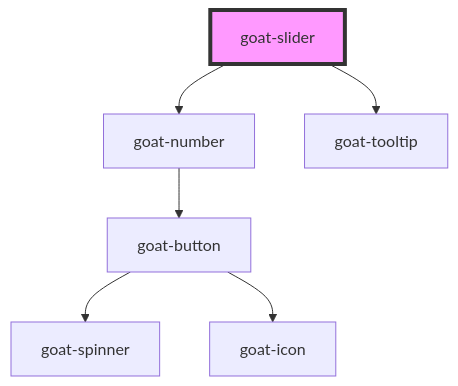
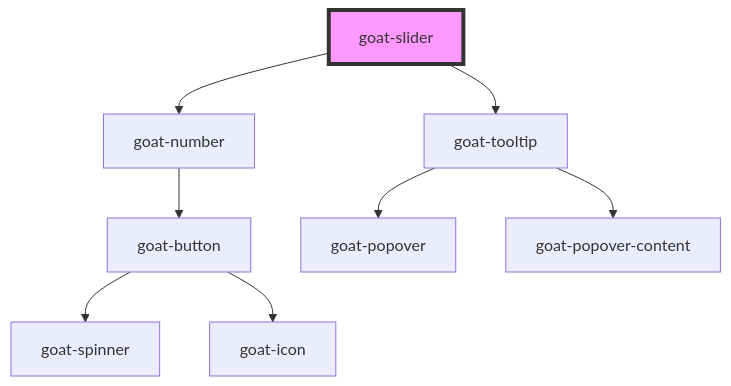
The diagram in src/components/input-controls/slider/readme.md (goatui/components), drawn with Mermaid before and after one commit. The commit also changed other lines of this file and 174 other files, not shown here.

````diff
--- a/src/components/input-controls/slider/readme.md
+++ b/src/components/input-controls/slider/readme.md
@@ -77,9 +77,11 @@
 ```mermaid
 graph TD;
   goat-slider --> goat-number
   goat-slider --> goat-tooltip
   goat-number --> goat-button
   goat-button --> goat-spinner
   goat-button --> goat-icon
+  goat-tooltip --> goat-popover
+  goat-tooltip --> goat-popover-content
   style goat-slider fill:#f9f,stroke:#333,stroke-width:4px
 ```
````
